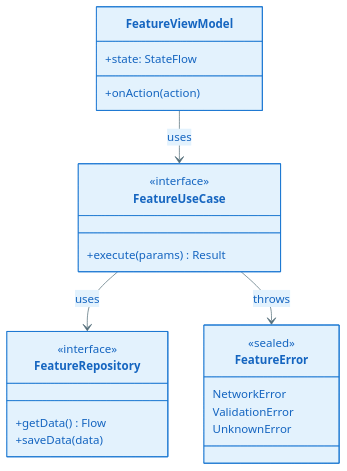
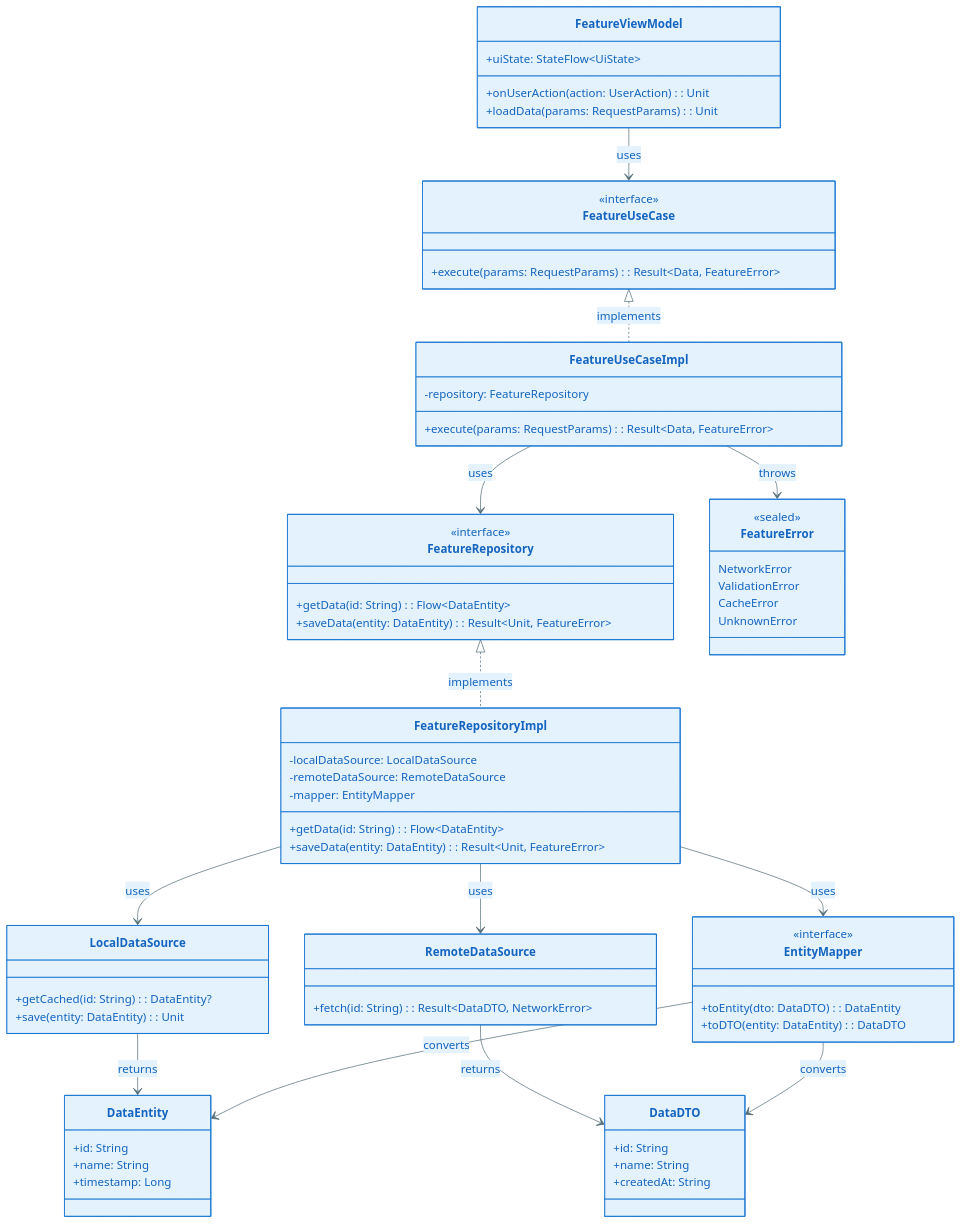
Before and after one commit to jackykarma/Verity: the fourth of 12 diagrams in .specify/templates/plan-template.md, drawn with Mermaid. The commit also changed other lines of this file and 2 other files, not shown here.

````diff
--- a/.specify/templates/plan-template.md
+++ b/.specify/templates/plan-template.md
@@ -324,29 +433,80 @@
     direction TB
 
     class FeatureViewModel {
-        +state: StateFlow
-        +onAction(action)
+        +uiState: StateFlow~UiState~
+        +onUserAction(action: UserAction): Unit
+        +loadData(params: RequestParams): Unit
     }
 
     class FeatureUseCase {
         <<interface>>
-        +execute(params) Result
+        +execute(params: RequestParams): Result~Data, FeatureError~
+    }
+
+    class FeatureUseCaseImpl {
+        -repository: FeatureRepository
+        +execute(params: RequestParams): Result~Data, FeatureError~
     }
 
     class FeatureRepository {
         <<interface>>
-        +getData() Flow
-        +saveData(data)
+        +getData(id: String): Flow~DataEntity~
+        +saveData(entity: DataEntity): Result~Unit, FeatureError~
+    }
+
+    class FeatureRepositoryImpl {
+        -localDataSource: LocalDataSource
+        -remoteDataSource: RemoteDataSource
+        -mapper: EntityMapper
+        +getData(id: String): Flow~DataEntity~
+        +saveData(entity: DataEntity): Result~Unit, FeatureError~
+    }
+
+    class LocalDataSource {
+        +getCached(id: String): DataEntity?
+        +save(entity: DataEntity): Unit
+    }
+
+    class RemoteDataSource {
+        +fetch(id: String): Result~DataDTO, NetworkError~
+    }
+
+    class DataEntity {
+        +id: String
+        +name: String
+        +timestamp: Long
+    }
+
+    class DataDTO {
+        +id: String
+        +name: String
+        +createdAt: String
+    }
+
+    class EntityMapper {
+        <<interface>>
+        +toEntity(dto: DataDTO): DataEntity
+        +toDTO(entity: DataEntity): DataDTO
     }
 
     class FeatureError {
         <<sealed>>
         NetworkError
         ValidationError
+        CacheError
         UnknownError
     }
 
     FeatureViewModel --> FeatureUseCase : uses
-    FeatureUseCase --> FeatureRepository : uses
-    FeatureUseCase --> FeatureError : throws
+    FeatureUseCase <|.. FeatureUseCaseImpl : implements
+    FeatureUseCaseImpl --> FeatureRepository : uses
+    FeatureUseCaseImpl --> FeatureError : throws
+    FeatureRepository <|.. FeatureRepositoryImpl : implements
+    FeatureRepositoryImpl --> LocalDataSource : uses
+    FeatureRepositoryImpl --> RemoteDataSource : uses
+    FeatureRepositoryImpl --> EntityMapper : uses
+    RemoteDataSource --> DataDTO : returns
+    LocalDataSource --> DataEntity : returns
+    EntityMapper --> DataEntity : converts
+    EntityMapper --> DataDTO : converts
 ```
````
